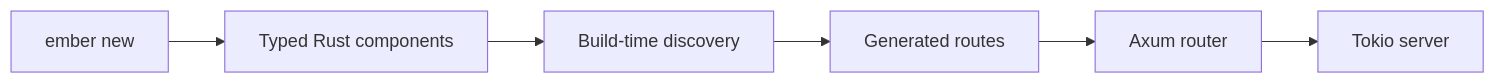
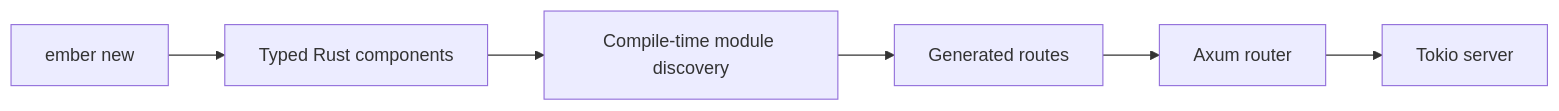
The diagram in docs/README.md (Ember-rs/ember), drawn with Mermaid before and after one commit. The commit also changed other lines of this file and 6 other files, not shown here.

````diff
--- a/docs/README.md
+++ b/docs/README.md
@@ -27,8 +27,8 @@
 ```mermaid
 flowchart LR
     A[ember new] --> B[Typed Rust components]
-    B --> C[Build-time discovery]
+    B --> C[Compile-time module discovery]
     C --> D[Generated routes]
     D --> E[Axum router]
     E --> F[Tokio server]
 ```
````
